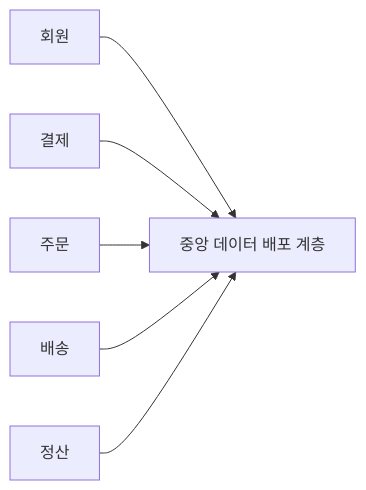
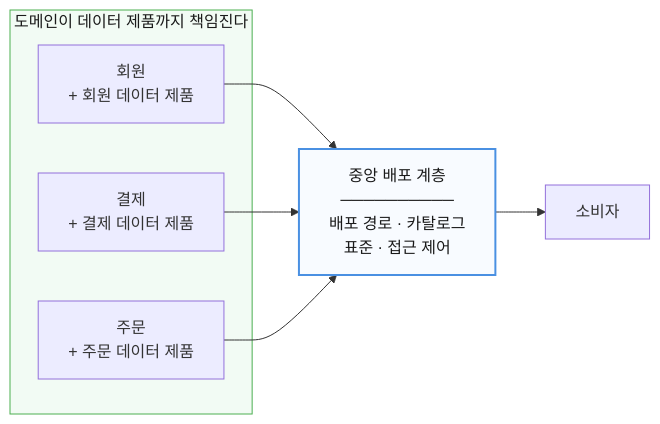
One commit to i31pc17/bitbook changed the fourth of 12 diagrams in 모던 데이터 아키텍처/21장. 도메인 토폴로지.md. Above: the diagram before and after it, drawn with Mermaid. The commit also changed other lines of this file and 1 other file, not shown here.

````diff
--- a/모던 데이터 아키텍처/21장. 도메인 토폴로지.md
+++ b/모던 데이터 아키텍처/21장. 도메인 토폴로지.md
@@ -577,9 +466,18 @@
 ```mermaid
 flowchart LR
-    hub["중앙 데이터 배포 계층"]
-    s0["회원"] --> hub
-    s1["결제"] --> hub
-    s2["주문"] --> hub
-    s3["배송"] --> hub
-    s4["정산"] --> hub
+    subgraph OWN["도메인이 데이터 제품까지 책임진다"]
+        M["회원<br/>+ 회원 데이터 제품"]
+        P["결제<br/>+ 결제 데이터 제품"]
+        O["주문<br/>+ 주문 데이터 제품"]
+    end
+
+    HUB["중앙 배포 계층<br/>──────────<br/>배포 경로 · 카탈로그<br/>표준 · 접근 제어"]
+
+    M --> HUB
+    P --> HUB
+    O --> HUB
+    HUB --> C["소비자"]
+
+    style OWN fill:#f2fbf4,stroke:#4caf50,color:#1a1a1a
+    style HUB fill:#f8fbff,stroke:#4a90e2,stroke-width:2px,color:#1a1a1a
 ```
````
